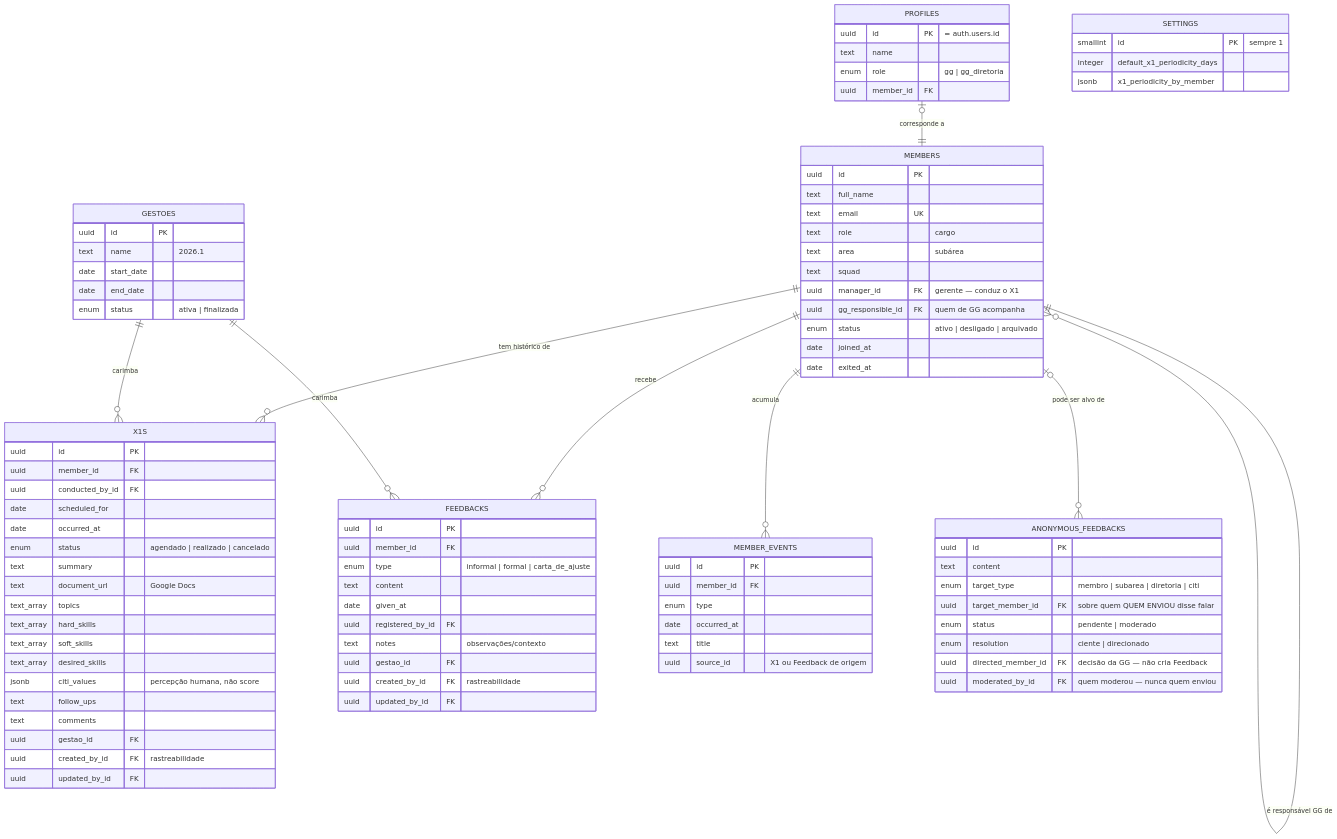
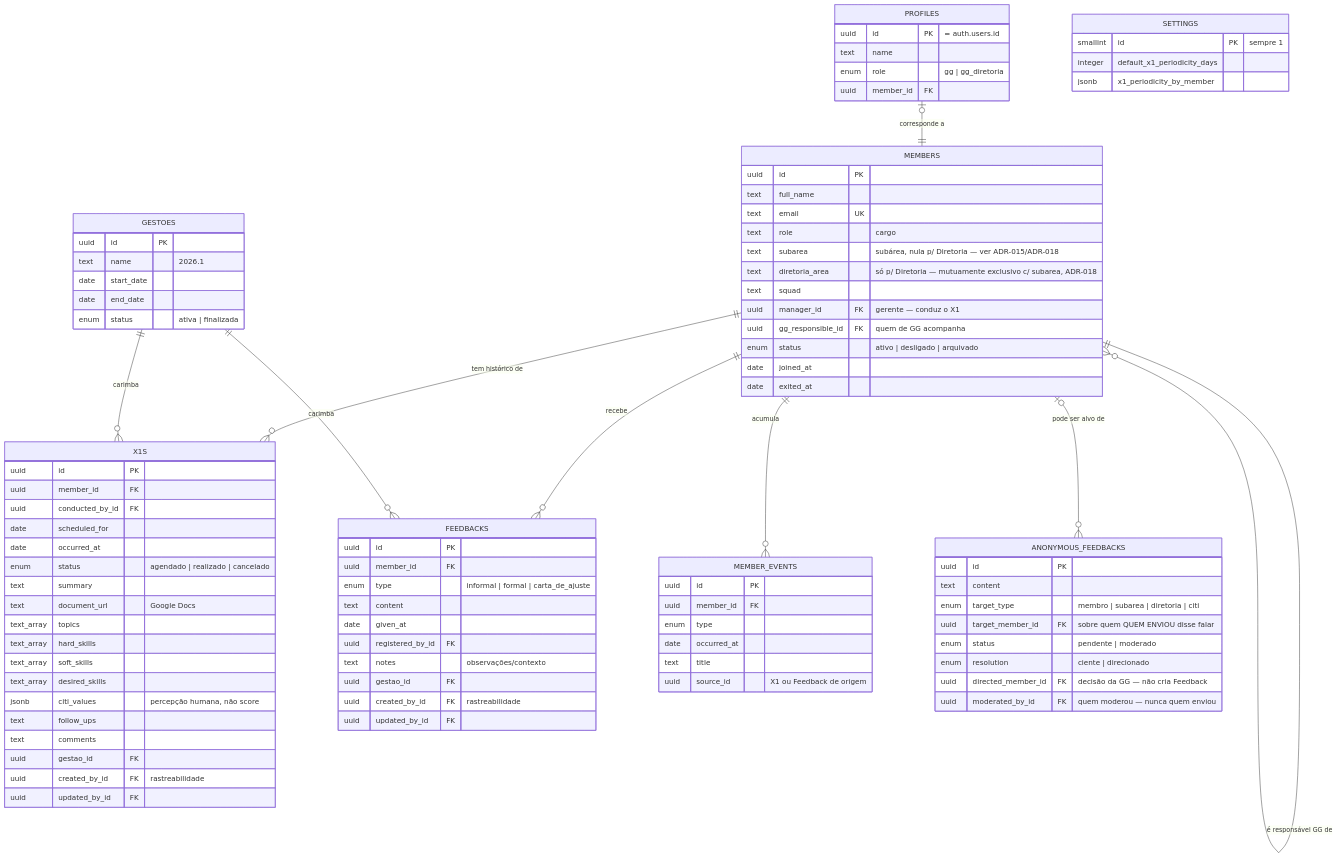
The first of 3 diagrams in docs/DATA_MODEL.md (Caukugo/citi-pessoas), drawn with Mermaid before and after one commit. The commit also changed other lines of this file and 43 other files, not shown here.

First line of the commit message:
## `feat(membros): hierarquia área/subárea, CPF/LinkedIn, cargo fechado e correção do modelo de Diretoria (ADR-014 a ADR-018)`

```diff
--- a/docs/DATA_MODEL.md
+++ b/docs/DATA_MODEL.md
@@ -24,7 +24,8 @@
         text full_name
         text email UK
         text role "cargo"
-        text area "subárea"
+        text subarea "subárea, nula p/ Diretoria — ver ADR-015/ADR-018"
+        text diretoria_area "só p/ Diretoria — mutuamente exclusivo c/ subarea, ADR-018"
         text squad
         uuid manager_id FK "gerente — conduz o X1"
         uuid gg_responsible_id FK "quem de GG acompanha"
```
